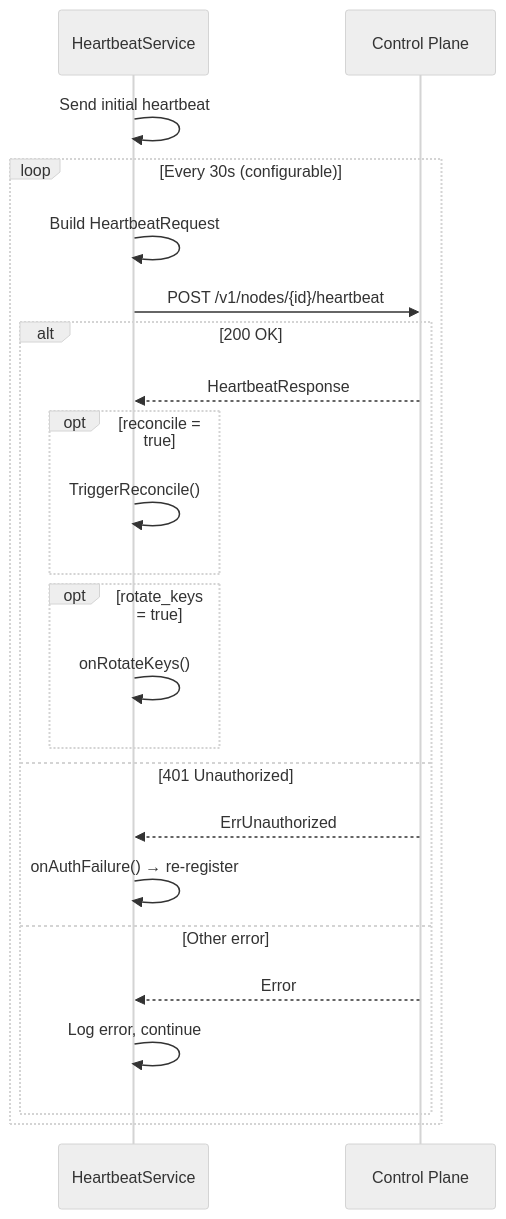
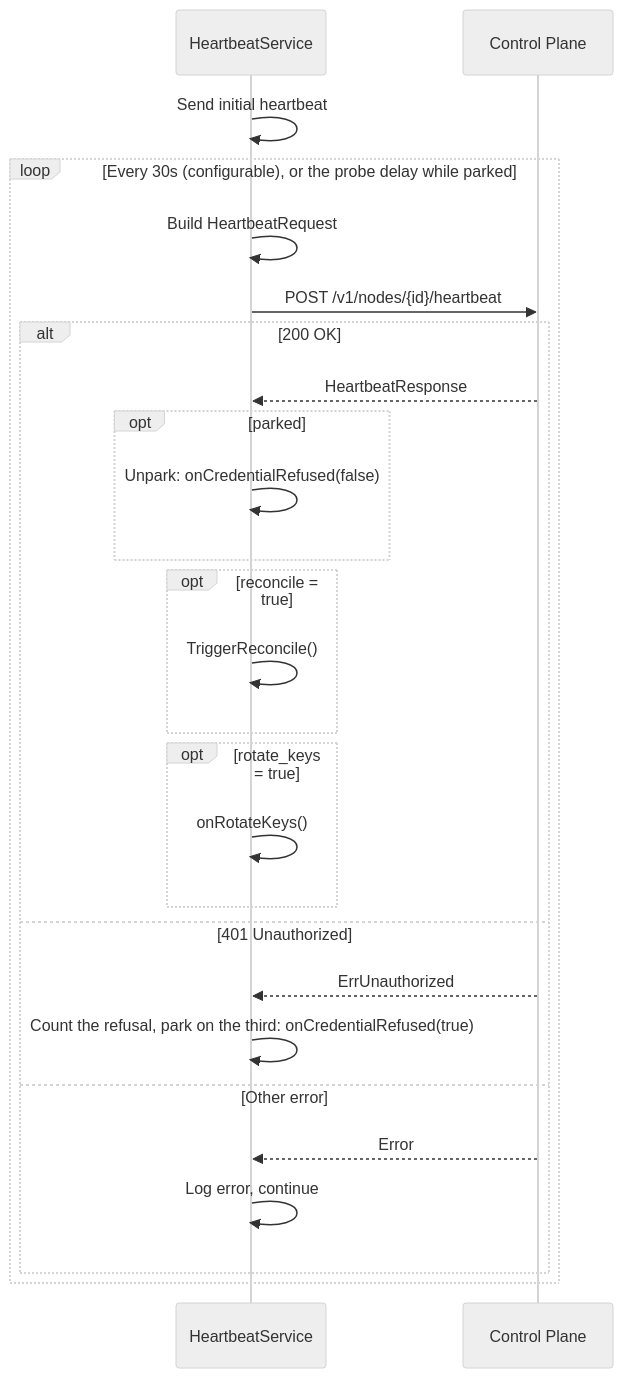
One commit to plexsphere/plexd changed the diagram in docs/reference/core/heartbeat-service.md. Above: the diagram before and after it, drawn with Mermaid (neutral theme). The commit also changed other lines of this file and 16 other files, not shown here.

````diff
--- a/docs/reference/core/heartbeat-service.md
+++ b/docs/reference/core/heartbeat-service.md
@@ -22,26 +22,29 @@
 ```mermaid
 sequenceDiagram
     participant HS as HeartbeatService
     participant CP as Control Plane
 
     HS->>HS: Send initial heartbeat
-    loop Every 30s (configurable)
+    loop Every 30s (configurable), or the probe delay while parked
         HS->>HS: Build HeartbeatRequest
         HS->>CP: POST /v1/nodes/{id}/heartbeat
         alt 200 OK
             CP-->>HS: HeartbeatResponse
+            opt parked
+                HS->>HS: Unpark: onCredentialRefused(false)
+            end
             opt reconcile = true
                 HS->>HS: TriggerReconcile()
             end
             opt rotate_keys = true
                 HS->>HS: onRotateKeys()
             end
         else 401 Unauthorized
             CP-->>HS: ErrUnauthorized
-            HS->>HS: onAuthFailure() → re-register
+            HS->>HS: Count the refusal, park on the third: onCredentialRefused(true)
         else Other error
             CP-->>HS: Error
             HS->>HS: Log error, continue
         end
     end
 ```
````
